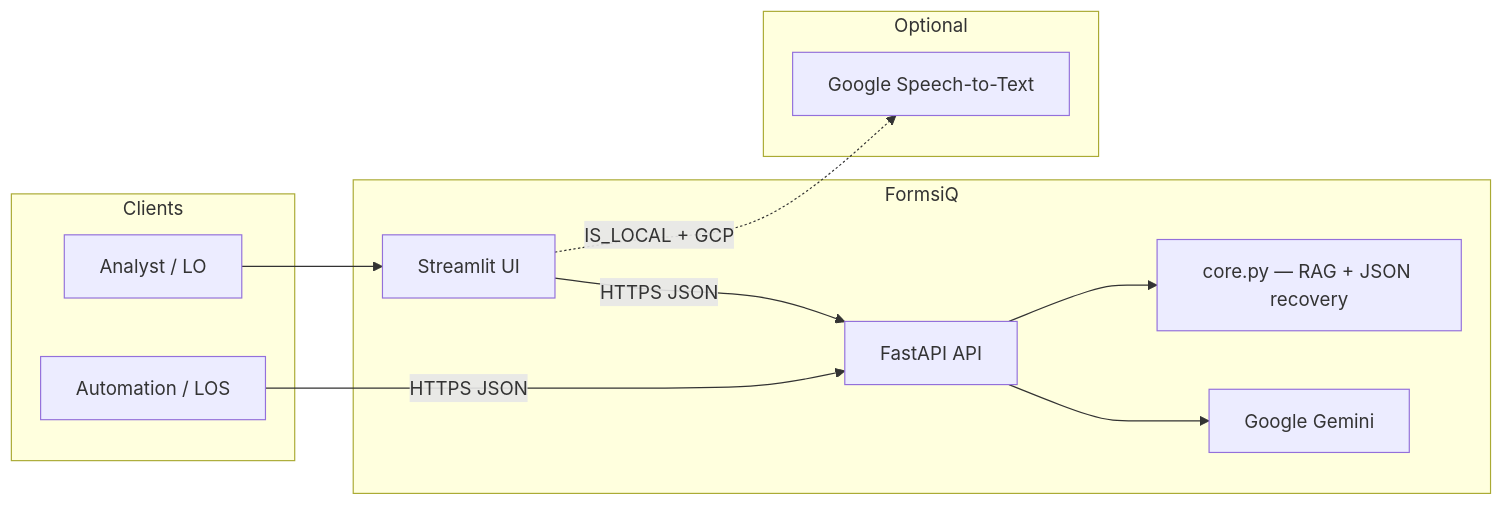
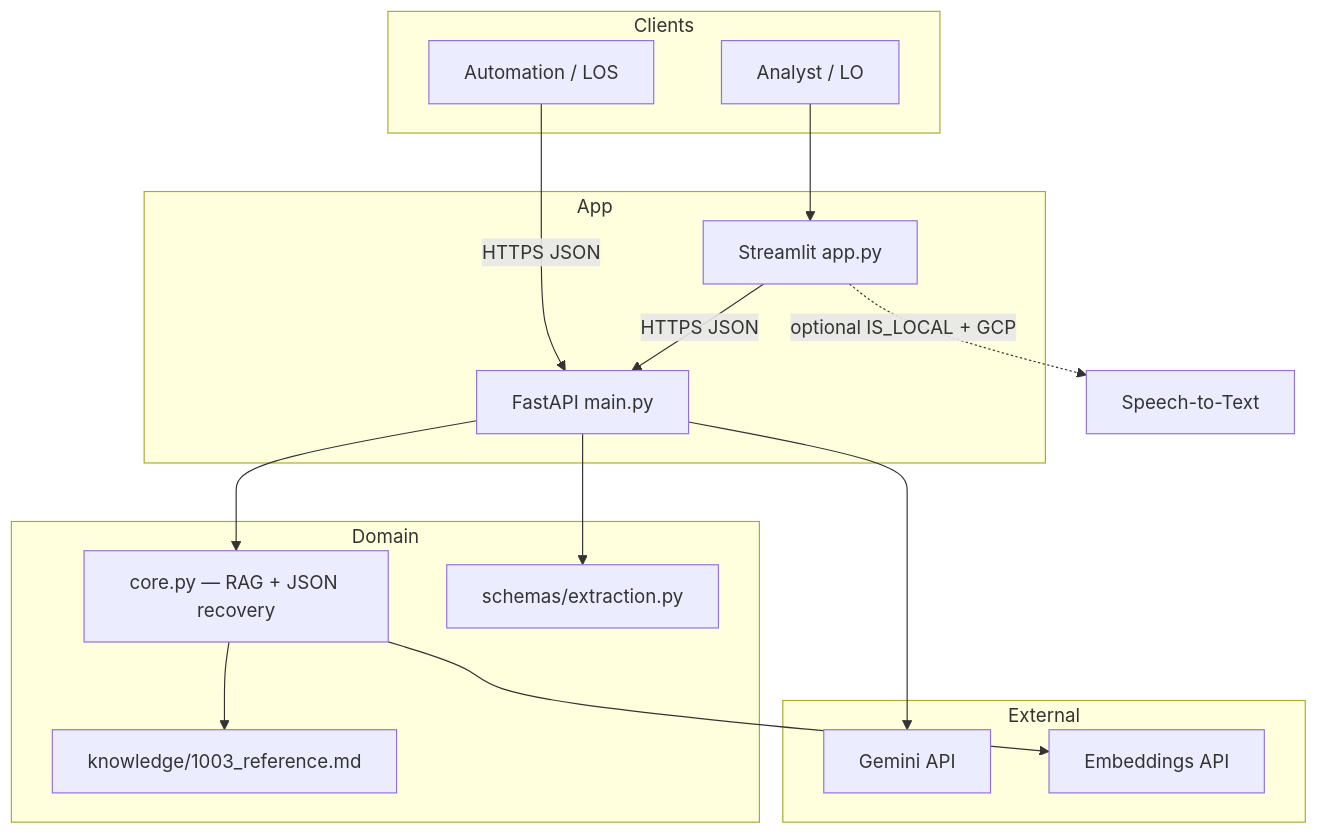
Before and after one commit to Vedv7/formsiq-1003-extractor: the first of 3 diagrams in README.md, drawn with Mermaid. The commit also changed other lines of this file, not shown here.

Commit message:
docs: reduce README to three Mermaid diagrams

````diff
--- a/README.md
+++ b/README.md
@@ -51,22 +50,29 @@
 ```mermaid
-flowchart LR
+flowchart TB
     subgraph Clients
-        A[Analyst / LO]
-        B[Automation / LOS]
+        LO[Analyst / LO]
+        AUTO[Automation / LOS]
     end
-    subgraph FormsiQ
-        UI[Streamlit UI]
-        API[FastAPI API]
+    subgraph App
+        UI[Streamlit app.py]
+        API[FastAPI main.py]
+    end
+    subgraph Domain
         CORE[core.py — RAG + JSON recovery]
-        LLM[Google Gemini]
+        K[knowledge/1003_reference.md]
+        M[schemas/extraction.py]
     end
-    subgraph Optional
-        STT[Google Speech-to-Text]
+    subgraph External
+        GEM[Gemini API]
+        EMB[Embeddings API]
     end
-    A --> UI
+    LO --> UI
     UI -->|HTTPS JSON| API
-    B -->|HTTPS JSON| API
+    AUTO -->|HTTPS JSON| API
     API --> CORE
-    API --> LLM
-    UI -.->|IS_LOCAL + GCP| STT
+    CORE --> K
+    CORE --> EMB
+    API --> GEM
+    API --> M
+    UI -.->|optional IS_LOCAL + GCP| STT[Speech-to-Text]
 ```
````
